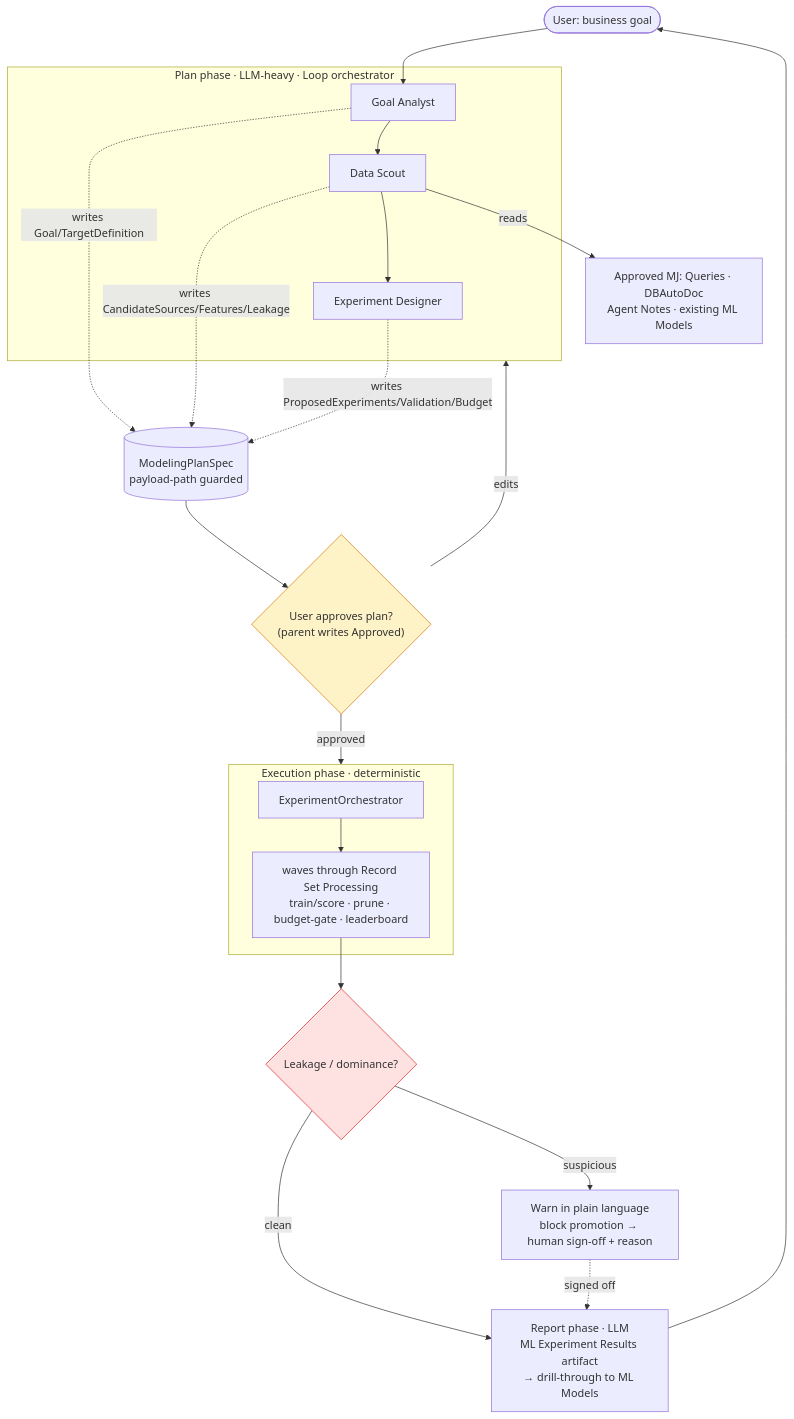
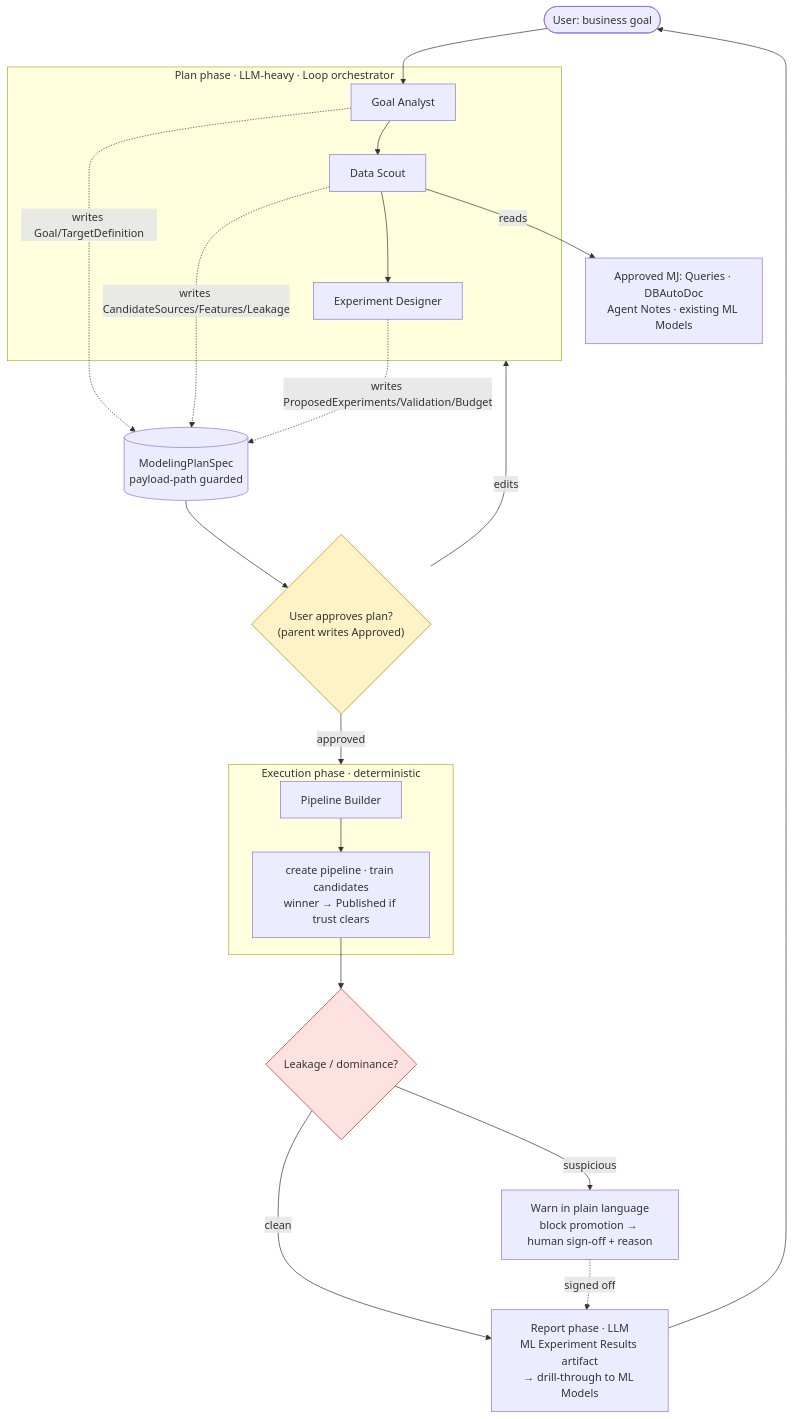
Before and after one commit to MemberJunction/MJ: diagram 11 of 15 in guides/PREDICTIVE_STUDIO_GUIDE.md, drawn with Mermaid. The commit also changed other lines of this file and 257 other files, not shown here.

````diff
--- a/guides/PREDICTIVE_STUDIO_GUIDE.md
+++ b/guides/PREDICTIVE_STUDIO_GUIDE.md
@@ -713,24 +747,24 @@
 ```mermaid
 flowchart TB
     U([User: business goal]) --> GA
     subgraph PLAN["Plan phase · LLM-heavy · Loop orchestrator"]
         GA[Goal Analyst] --> DS[Data Scout] --> ED[Experiment Designer]
     end
     GA -.writes Goal/TargetDefinition.-> SPEC[("ModelingPlanSpec<br/>payload-path guarded")]
     DS -.writes CandidateSources/Features/Leakage.-> SPEC
     ED -.writes ProposedExperiments/Validation/Budget.-> SPEC
     DS -->|reads| GT["Approved MJ: Queries · DBAutoDoc<br/>Agent Notes · existing ML Models"]
     SPEC --> GATE{"User approves plan?<br/>(parent writes Approved)"}
     GATE -->|edits| PLAN
     GATE -->|approved| EXEC
     subgraph EXEC["Execution phase · deterministic"]
-        ORCH[ExperimentOrchestrator] --> RUNS["waves through Record Set Processing<br/>train/score · prune · budget-gate · leaderboard"]
+        ORCH[Pipeline Builder] --> RUNS["create pipeline · train candidates<br/>winner → Published if trust clears"]
     end
     RUNS --> LEAK{"Leakage / dominance?"}
     LEAK -->|suspicious| SIGN["Warn in plain language<br/>block promotion → human sign-off + reason"]
     LEAK -->|clean| REPORT
     SIGN -.->|signed off| REPORT
     REPORT["Report phase · LLM<br/>ML Experiment Results artifact<br/>→ drill-through to ML Models"] --> U
     style GATE fill:#fef3c7,stroke:#d97706
     style LEAK fill:#fee2e2,stroke:#dc2626
 ```
````
